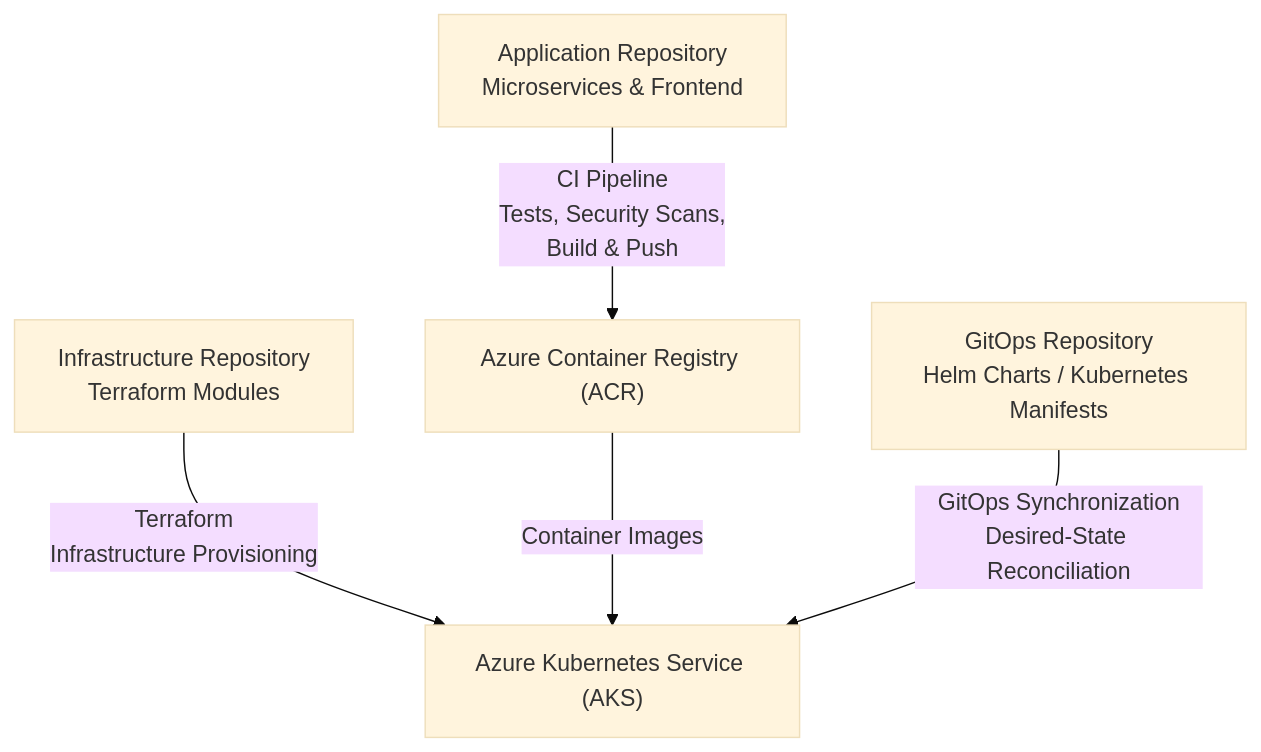
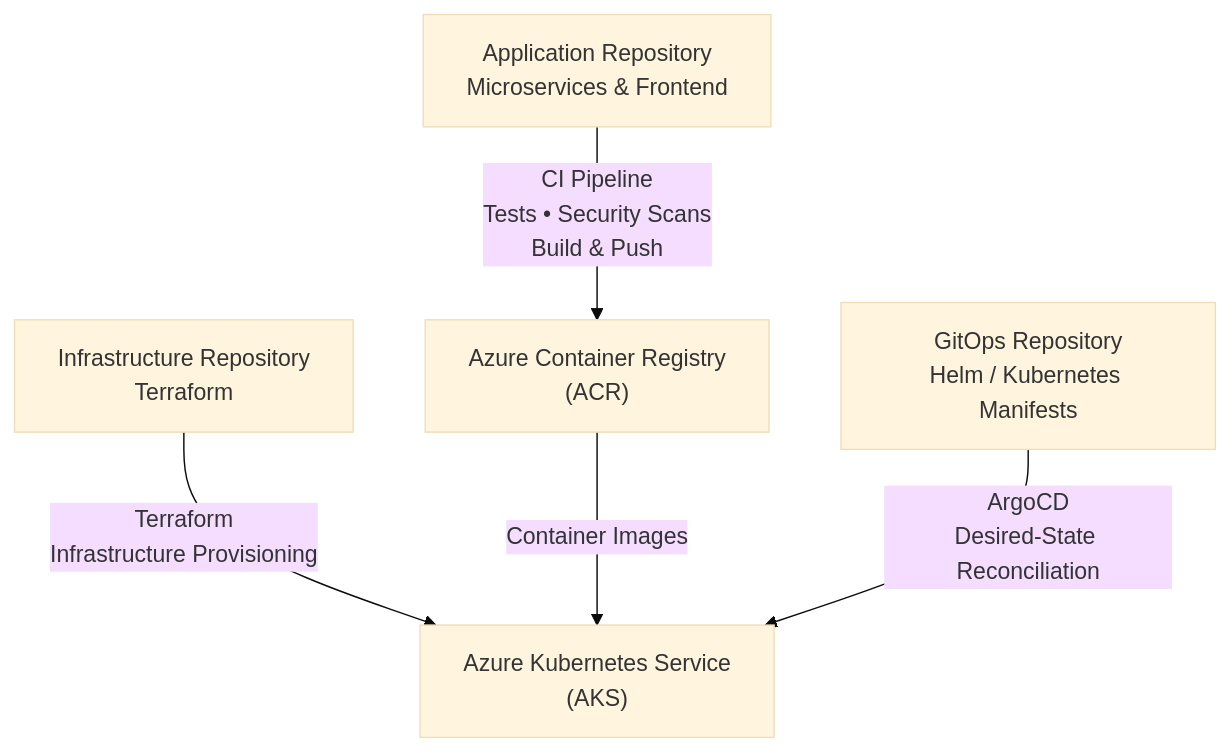
The diagram in README.md (maxiemoses-eu/SignalForge), drawn with Mermaid (base theme) before and after one commit. The commit also changed other lines of this file, not shown here.

````diff
--- a/README.md
+++ b/README.md
@@ -42,21 +42,21 @@
 ```mermaid
 flowchart TB
 
     APP["Application Repository<br/>Microservices & Frontend"]
 
-    IAC["Infrastructure Repository<br/>Terraform Modules"]
+    IAC["Infrastructure Repository<br/>Terraform"]
 
-    GITOPS["GitOps Repository<br/>Helm Charts / Kubernetes Manifests"]
+    GITOPS["GitOps Repository<br/>Helm / Kubernetes Manifests"]
 
-    ACR["Azure Container Registry (ACR)"]
+    ACR["Azure Container Registry<br/>(ACR)"]
 
-    AKS["Azure Kubernetes Service (AKS)"]
+    AKS["Azure Kubernetes Service<br/>(AKS)"]
 
-    APP -->|"CI Pipeline<br/>Tests, Security Scans,<br/>Build & Push"| ACR
+    APP -->|"CI Pipeline<br/>Tests • Security Scans<br/>Build & Push"| ACR
 
     IAC -->|"Terraform<br/>Infrastructure Provisioning"| AKS
 
     ACR -->|"Container Images"| AKS
 
-    GITOPS -->|"GitOps Synchronization<br/>Desired-State Reconciliation"| AKS
+    GITOPS -->|"ArgoCD<br/>Desired-State Reconciliation"| AKS
 ```
````
